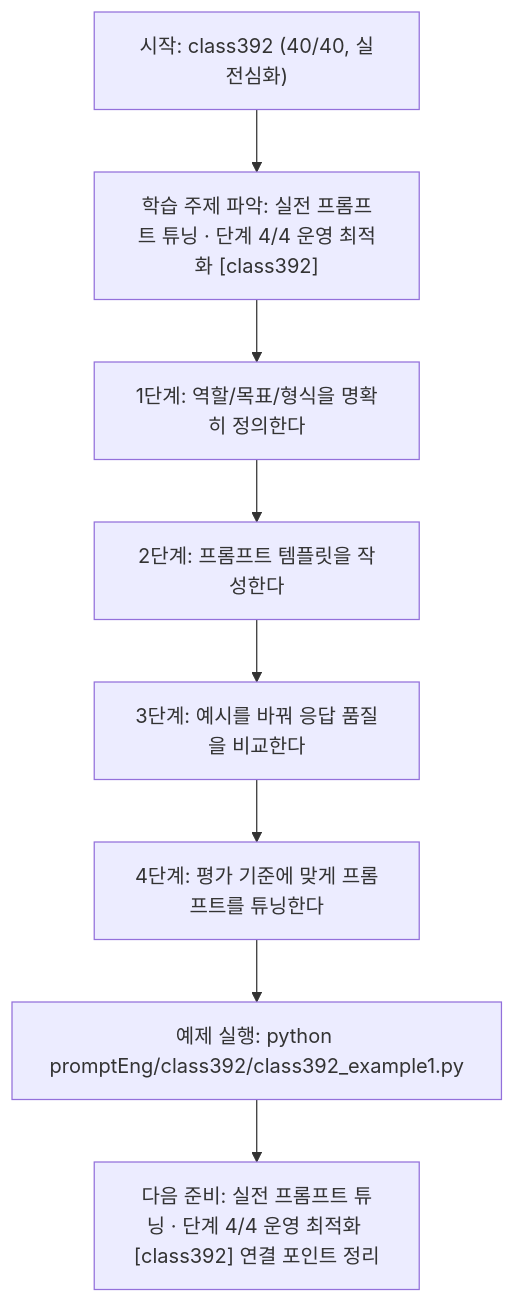
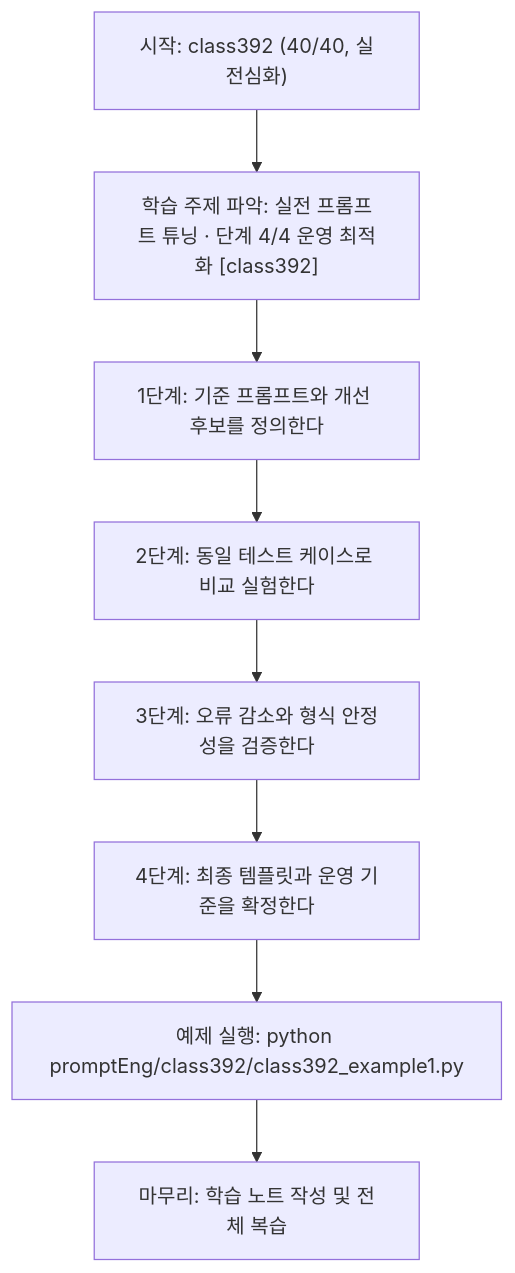
Before and after one commit to edumgt/Python-AI_Agent-Class: the diagram in promptEng/class392/class392.md, drawn with Mermaid. The commit also changed other lines of this file and 283 other files, not shown here.

````diff
--- a/promptEng/class392/class392.md
+++ b/promptEng/class392/class392.md
@@ -110,18 +91,18 @@
 ```mermaid
 flowchart TD
 N1["시작: class392 (40/40, 실전심화)"]
 N2["학습 주제 파악: 실전 프롬프트 튜닝 · 단계 4/4 운영 최적화 [class392]"]
-N3["1단계: 역할/목표/형식을 명확히 정의한다"]
-N4["2단계: 프롬프트 템플릿을 작성한다"]
-N5["3단계: 예시를 바꿔 응답 품질을 비교한다"]
-N6["4단계: 평가 기준에 맞게 프롬프트를 튜닝한다"]
+N3["1단계: 기준 프롬프트와 개선 후보를 정의한다"]
+N4["2단계: 동일 테스트 케이스로 비교 실험한다"]
+N5["3단계: 오류 감소와 형식 안정성을 검증한다"]
+N6["4단계: 최종 템플릿과 운영 기준을 확정한다"]
 N7["예제 실행: python promptEng/class392/class392_example1.py"]
-N8["다음 준비: 실전 프롬프트 튜닝 · 단계 4/4 운영 최적화 [class392] 연결 포인트 정리"]
+N8["마무리: 학습 노트 작성 및 전체 복습"]
 N1 --> N2
 N2 --> N3
 N3 --> N4
 N4 --> N5
 N5 --> N6
 N6 --> N7
 N7 --> N8
 ```
````
